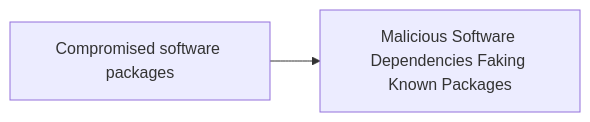
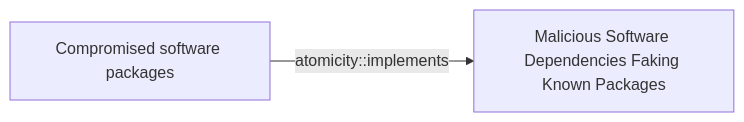
The diagram in docs/threats/compromised-software-packages.md (opentidehq/library), drawn with Mermaid before and after one commit. The commit also changed other lines of this file and 277 other files, not shown here.

````diff
--- a/docs/threats/compromised-software-packages.md
+++ b/docs/threats/compromised-software-packages.md
@@ -58,6 +107,6 @@
 ```mermaid
 flowchart LR
 1c1c9665_a30e_479b_bd80_1afb7b53ac83["Compromised software packages"]
 78683822_44dc_41ac_8fef_b5f0968743c9["Malicious Software Dependencies Faking Known Packages"]
-1c1c9665_a30e_479b_bd80_1afb7b53ac83 --> 78683822_44dc_41ac_8fef_b5f0968743c9
+1c1c9665_a30e_479b_bd80_1afb7b53ac83 -->|atomicity::implements| 78683822_44dc_41ac_8fef_b5f0968743c9
 ```
````
